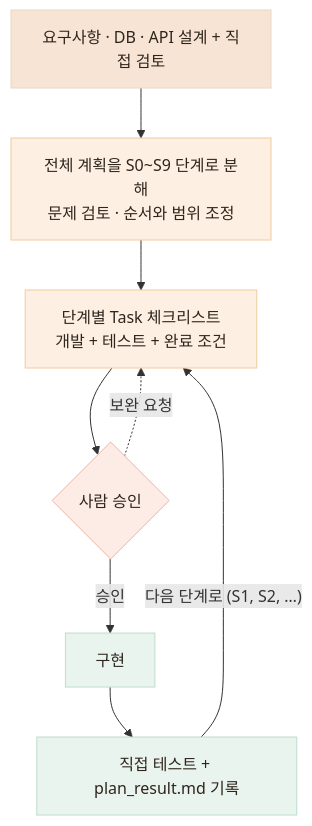
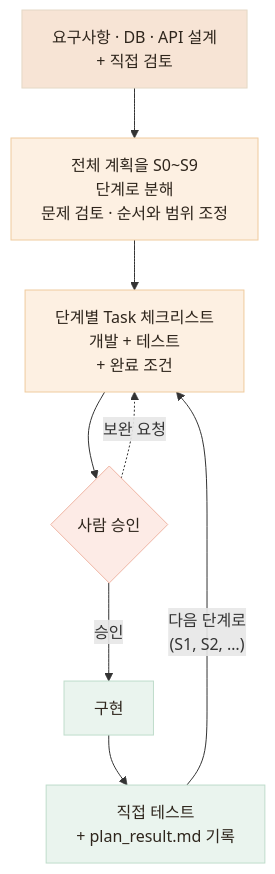
The first of 2 diagrams in public/mds/ai-workflow/plan.md (Jinacker/PortFolio), drawn with Mermaid before and after one commit. The commit also changed other lines of this file, not shown here.

Commit message:
[UI] AI 개발 계획 문구와 다이어그램 가독성 개선

````diff
--- a/public/mds/ai-workflow/plan.md
+++ b/public/mds/ai-workflow/plan.md
@@ -30,17 +30,17 @@
 ```mermaid
 flowchart TB
-    A["요구사항 · DB · API 설계 + 직접 검토"] --> P["전체 계획을 S0~S9 단계로 분해<br/>문제 검토 · 순서와 범위 조정"]
-    P --> T["단계별 Task 체크리스트<br/>개발 + 테스트 + 완료 조건"]
+    A["요구사항 · DB · API 설계<br/>+ 직접 검토"] --> P["전체 계획을 S0~S9<br/>단계로 분해<br/>문제 검토 · 순서와 범위 조정"]
+    P --> T["단계별 Task 체크리스트<br/>개발 + 테스트<br/>+ 완료 조건"]
     T --> G{"사람 승인"}
     G -->|"승인"| I["구현"]
     G -.->|"보완 요청"| T
-    I --> C["직접 테스트 + plan_result.md 기록"]
-    C -->|"다음 단계로 (S1, S2, …)"| T
+    I --> C["직접 테스트<br/>+ plan_result.md 기록"]
+    C -->|"다음 단계로<br/>(S1, S2, …)"| T
 
     style A fill:#F7E4D5,stroke:#E4D8C6,color:#2E251C
     style P fill:#FDF0E2,stroke:#EFCB9E,color:#2E251C
     style T fill:#FDF0E2,stroke:#EFCB9E,color:#2E251C
     style G fill:#FDEBE6,stroke:#EFB4A3,color:#2E251C
     style I fill:#EAF4EE,stroke:#BFDCCB,color:#2E251C
     style C fill:#EAF4EE,stroke:#BFDCCB,color:#2E251C
 ```
````
